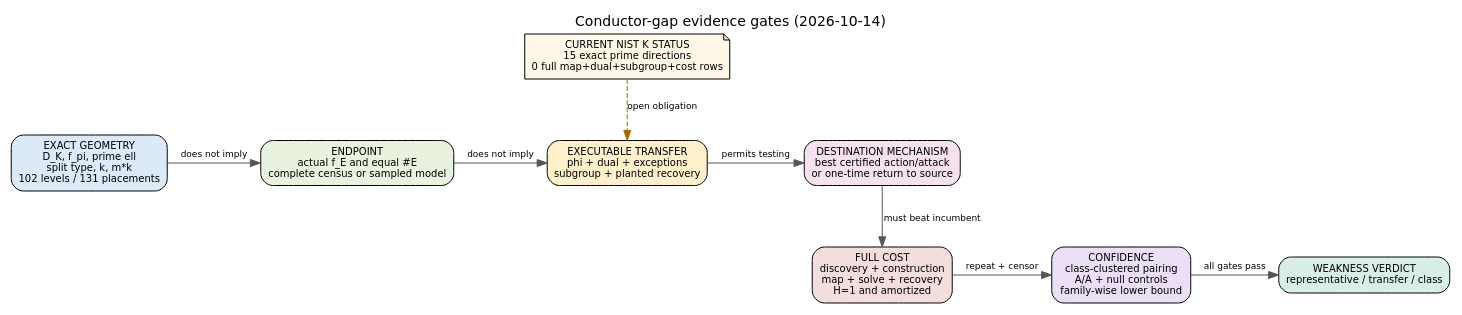
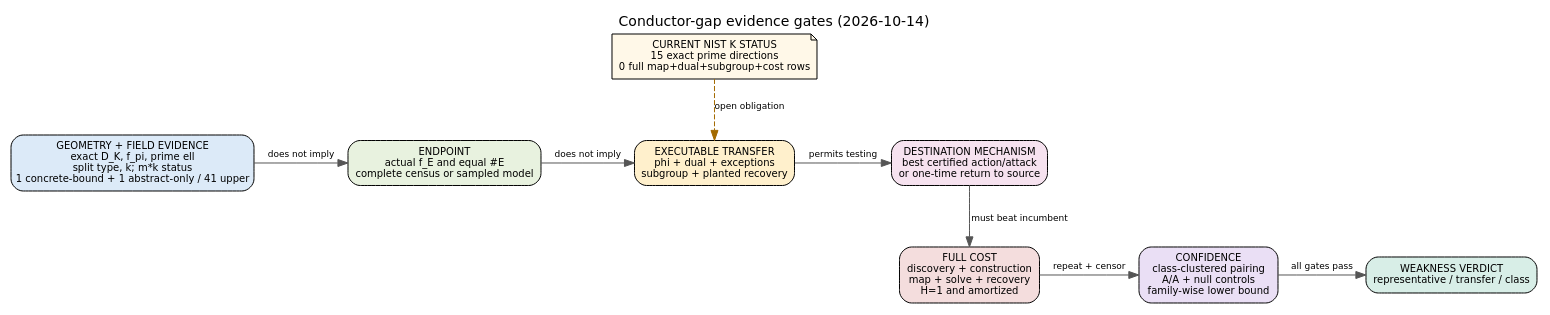
One commit to aburan28/crypto-autoresearcher changed the diagram in research/conductor_gap_panel_20261014/evidence-flow.dot. Above: the diagram before and after it, drawn with Graphviz. The commit also changed 54 other files, not shown here.

```diff
--- a/research/conductor_gap_panel_20261014/evidence-flow.dot
+++ b/research/conductor_gap_panel_20261014/evidence-flow.dot
@@ -1,26 +1,26 @@
 digraph conductor_gap_evidence {
   graph [rankdir=TB, bgcolor="white", fontname="DejaVu Sans", label="Conductor-gap evidence gates (2026-10-14)", labelloc=t, ranksep=0.62, nodesep=0.38];
   node [shape=box, style="rounded,filled", fontname="DejaVu Sans", fontsize=10, margin="0.13,0.08"];
   edge [fontname="DejaVu Sans", fontsize=9, color="#555555"];
 
-  geometry [label="EXACT GEOMETRY\nD_K, f_pi, prime ell\nsplit type, k, m*k\n102 levels / 131 placements", fillcolor="#dceaf8"];
+  geometry [label="GEOMETRY + FIELD EVIDENCE\nexact D_K, f_pi, prime ell\nsplit type, k; m*k status\n1 concrete-bound + 1 abstract-only / 41 upper", fillcolor="#dceaf8"];
   endpoint [label="ENDPOINT\nactual f_E and equal #E\ncomplete census or sampled model", fillcolor="#e8f2df"];
   map [label="EXECUTABLE TRANSFER\nphi + dual + exceptions\nsubgroup + planted recovery", fillcolor="#fff0cc"];
   action [label="DESTINATION MECHANISM\nbest certified action/attack\nor one-time return to source", fillcolor="#f6e2ef"];
   cost [label="FULL COST\ndiscovery + construction\nmap + solve + recovery\nH=1 and amortized", fillcolor="#f4dddd"];
   stats [label="CONFIDENCE\nclass-clustered pairing\nA/A + null controls\nfamily-wise lower bound", fillcolor="#eadff5"];
   verdict [label="WEAKNESS VERDICT\nrepresentative / transfer / class", fillcolor="#d8eee7"];
 
   { rank=same; geometry; endpoint; map; action; }
   { rank=same; cost; stats; verdict; }
 
   geometry -> endpoint [label="does not imply"];
   endpoint -> map [label="does not imply"];
   map -> action [label="permits testing"];
   action -> cost [label="must beat incumbent"];
   cost -> stats [label="repeat + censor"];
   stats -> verdict [label="all gates pass"];
 
   missing [shape=note, label="CURRENT NIST K STATUS\n15 exact prime directions\n0 full map+dual+subgroup+cost rows", fillcolor="#fff8e8"];
   missing -> map [style=dashed, color="#a36a00", label="open obligation"];
 }
```
